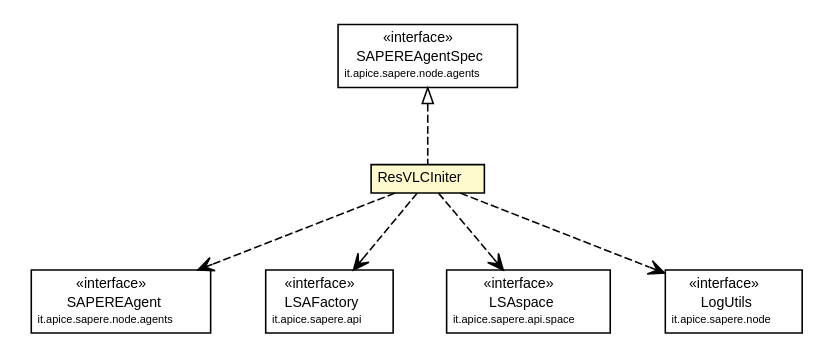
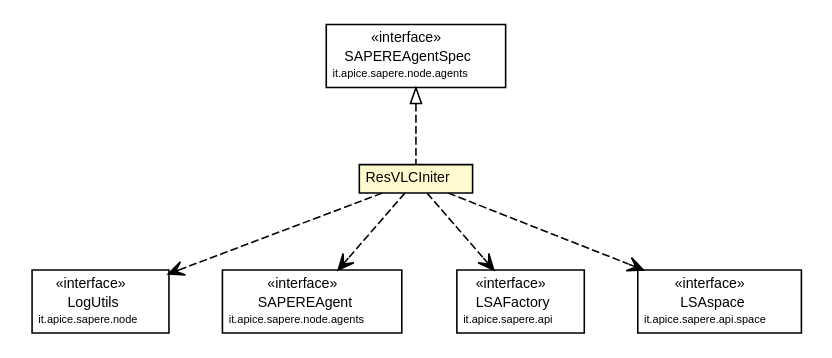
The diagram in deployed-site/semanticwebsapere-integrationtests/apidocs/it/apice/sapere/testcase/ResVLCIniter.dot (DanySK/Legacy-Contessi-Thesis-Semantic-Web-SAPERE), drawn with Graphviz before and after one commit. The commit also changed 2643 other files, not shown here.

```diff
--- a/deployed-site/semanticwebsapere-integrationtests/apidocs/it/apice/sapere/testcase/ResVLCIniter.dot
+++ b/deployed-site/semanticwebsapere-integrationtests/apidocs/it/apice/sapere/testcase/ResVLCIniter.dot
@@ -1,66 +1,66 @@
 #!/usr/local/bin/dot
 #
 # Class diagram 
 # Generated by UmlGraph version 4.4 (http://www.spinellis.gr/sw/umlgraph)
 #
 
 digraph G {
 	edge [fontname="Helvetica",fontsize=10,labelfontname="Helvetica",labelfontsize=10];
 	node [fontname="Helvetica",fontsize=10,shape=plaintext];
 	// it.apice.sapere.testcase.ResVLCIniter
 	c39 [label=<<table border="0" cellborder="1" cellspacing="0" cellpadding="2" port="p" bgcolor="lemonChiffon" href="./ResVLCIniter.html">
 		<tr><td><table border="0" cellspacing="0" cellpadding="1">
 			<tr><td> ResVLCIniter </td></tr>
 		</table></td></tr>
 		</table>>, fontname="Helvetica", fontcolor="black", fontsize=9.0];
 	//it.apice.sapere.testcase.ResVLCIniter implements it.apice.sapere.node.agents.SAPEREAgentSpec
 	c41:p -> c39:p [dir=back,arrowtail=empty,style=dashed];
+	// it.apice.sapere.testcase.ResVLCIniter DEPEND it.apice.sapere.node.LogUtils
+	c39:p -> c42:p [taillabel="", label="", headlabel="", fontname="Helvetica", fontcolor="black", fontsize=10.0, color="black", arrowhead=open, style=dashed];
 	// it.apice.sapere.testcase.ResVLCIniter DEPEND it.apice.sapere.node.agents.SAPEREAgent
-	c39:p -> c44:p [taillabel="", label="", headlabel="", fontname="Helvetica", fontcolor="black", fontsize=10.0, color="black", arrowhead=open, style=dashed];
+	c39:p -> c45:p [taillabel="", label="", headlabel="", fontname="Helvetica", fontcolor="black", fontsize=10.0, color="black", arrowhead=open, style=dashed];
 	// it.apice.sapere.testcase.ResVLCIniter DEPEND it.apice.sapere.api.LSAFactory
-	c39:p -> c59:p [taillabel="", label="", headlabel="", fontname="Helvetica", fontcolor="black", fontsize=10.0, color="black", arrowhead=open, style=dashed];
+	c39:p -> c60:p [taillabel="", label="", headlabel="", fontname="Helvetica", fontcolor="black", fontsize=10.0, color="black", arrowhead=open, style=dashed];
 	// it.apice.sapere.testcase.ResVLCIniter DEPEND it.apice.sapere.api.space.LSAspace
-	c39:p -> c61:p [taillabel="", label="", headlabel="", fontname="Helvetica", fontcolor="black", fontsize=10.0, color="black", arrowhead=open, style=dashed];
-	// it.apice.sapere.testcase.ResVLCIniter DEPEND it.apice.sapere.node.LogUtils
 	c39:p -> c62:p [taillabel="", label="", headlabel="", fontname="Helvetica", fontcolor="black", fontsize=10.0, color="black", arrowhead=open, style=dashed];
 	// it.apice.sapere.api.space.LSAspace
-	c61 [label=<<table border="0" cellborder="1" cellspacing="0" cellpadding="2" port="p" href="http://java.sun.com/j2se/1.4.2/docs/api/it/apice/sapere/api/space/LSAspace.html">
+	c62 [label=<<table border="0" cellborder="1" cellspacing="0" cellpadding="2" port="p" href="http://java.sun.com/j2se/1.4.2/docs/api/it/apice/sapere/api/space/LSAspace.html">
 		<tr><td><table border="0" cellspacing="0" cellpadding="1">
 			<tr><td> &laquo;interface&raquo; </td></tr>
 			<tr><td> LSAspace </td></tr>
 			<tr><td><font point-size="7.0"> it.apice.sapere.api.space </font></td></tr>
 		</table></td></tr>
 		</table>>, fontname="Helvetica", fontcolor="black", fontsize=9.0];
 	// it.apice.sapere.node.LogUtils
-	c62 [label=<<table border="0" cellborder="1" cellspacing="0" cellpadding="2" port="p" href="http://java.sun.com/j2se/1.4.2/docs/api/it/apice/sapere/node/LogUtils.html">
+	c42 [label=<<table border="0" cellborder="1" cellspacing="0" cellpadding="2" port="p" href="http://java.sun.com/j2se/1.4.2/docs/api/it/apice/sapere/node/LogUtils.html">
 		<tr><td><table border="0" cellspacing="0" cellpadding="1">
 			<tr><td> &laquo;interface&raquo; </td></tr>
 			<tr><td> LogUtils </td></tr>
 			<tr><td><font point-size="7.0"> it.apice.sapere.node </font></td></tr>
 		</table></td></tr>
 		</table>>, fontname="Helvetica", fontcolor="black", fontsize=9.0];
 	// it.apice.sapere.api.LSAFactory
-	c59 [label=<<table border="0" cellborder="1" cellspacing="0" cellpadding="2" port="p" href="http://java.sun.com/j2se/1.4.2/docs/api/it/apice/sapere/api/LSAFactory.html">
+	c60 [label=<<table border="0" cellborder="1" cellspacing="0" cellpadding="2" port="p" href="http://java.sun.com/j2se/1.4.2/docs/api/it/apice/sapere/api/LSAFactory.html">
 		<tr><td><table border="0" cellspacing="0" cellpadding="1">
 			<tr><td> &laquo;interface&raquo; </td></tr>
 			<tr><td> LSAFactory </td></tr>
 			<tr><td><font point-size="7.0"> it.apice.sapere.api </font></td></tr>
 		</table></td></tr>
 		</table>>, fontname="Helvetica", fontcolor="black", fontsize=9.0];
 	// it.apice.sapere.node.agents.SAPEREAgentSpec
 	c41 [label=<<table border="0" cellborder="1" cellspacing="0" cellpadding="2" port="p" href="http://java.sun.com/j2se/1.4.2/docs/api/it/apice/sapere/node/agents/SAPEREAgentSpec.html">
 		<tr><td><table border="0" cellspacing="0" cellpadding="1">
 			<tr><td> &laquo;interface&raquo; </td></tr>
 			<tr><td> SAPEREAgentSpec </td></tr>
 			<tr><td><font point-size="7.0"> it.apice.sapere.node.agents </font></td></tr>
 		</table></td></tr>
 		</table>>, fontname="Helvetica", fontcolor="black", fontsize=9.0];
 	// it.apice.sapere.node.agents.SAPEREAgent
-	c44 [label=<<table border="0" cellborder="1" cellspacing="0" cellpadding="2" port="p" href="http://java.sun.com/j2se/1.4.2/docs/api/it/apice/sapere/node/agents/SAPEREAgent.html">
+	c45 [label=<<table border="0" cellborder="1" cellspacing="0" cellpadding="2" port="p" href="http://java.sun.com/j2se/1.4.2/docs/api/it/apice/sapere/node/agents/SAPEREAgent.html">
 		<tr><td><table border="0" cellspacing="0" cellpadding="1">
 			<tr><td> &laquo;interface&raquo; </td></tr>
 			<tr><td> SAPEREAgent </td></tr>
 			<tr><td><font point-size="7.0"> it.apice.sapere.node.agents </font></td></tr>
 		</table></td></tr>
 		</table>>, fontname="Helvetica", fontcolor="black", fontsize=9.0];
 }
```
